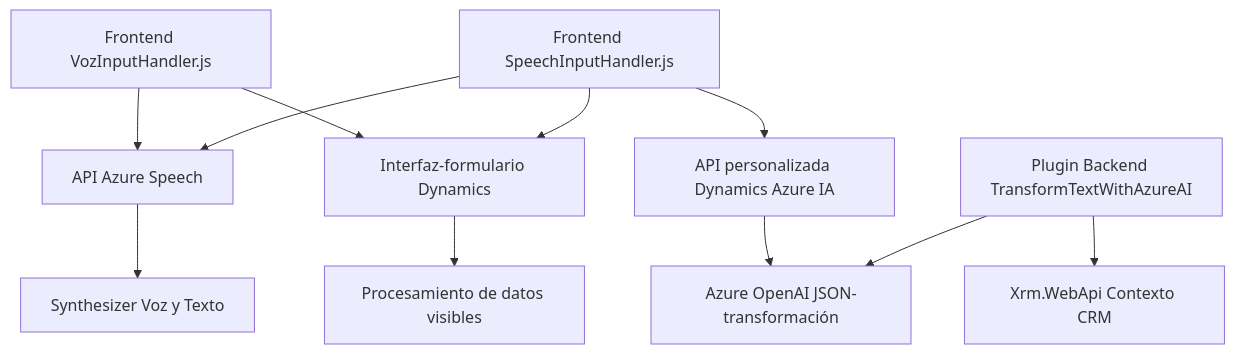
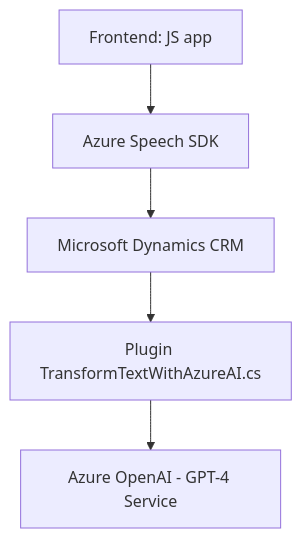
The diagram in README.md (blopezdm/NETCORE_BILBAO2025), drawn with Mermaid before and after one commit. The commit also changed other lines of this file, not shown here.

````diff
--- a/README.md
+++ b/README.md
@@ -49,15 +44,13 @@
 ```mermaid
 graph TD
-  A["Frontend VozInputHandler.js"] --> B["API Azure Speech"]
-  A --> C["Interfaz-formulario Dynamics"]
-  B --> D["Synthesizer Voz y Texto"]
-  C --> E["Procesamiento de datos visibles"]
+  A["Frontend: JS app"]
+  B["Azure Speech SDK"]
+  C["Microsoft Dynamics CRM"]
+  D["Plugin TransformTextWithAzureAI.cs"]
+  E["Azure OpenAI - GPT-4 Service"]
   
-  F["Frontend SpeechInputHandler.js"] --> B
-  F --> G["API personalizada Dynamics Azure IA"]
-  G --> H["Azure OpenAI JSON-transformación"]
-  F --> C
-
-  I["Plugin Backend TransformTextWithAzureAI"] --> H
-  I --> J["Xrm.WebApi Contexto CRM"]
+  A --> B
+  B --> C
+  C --> D
+  D --> E
 ```
````
